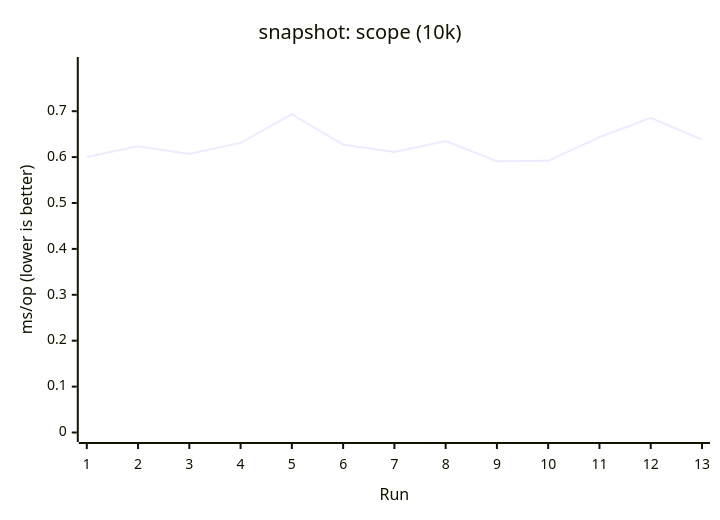
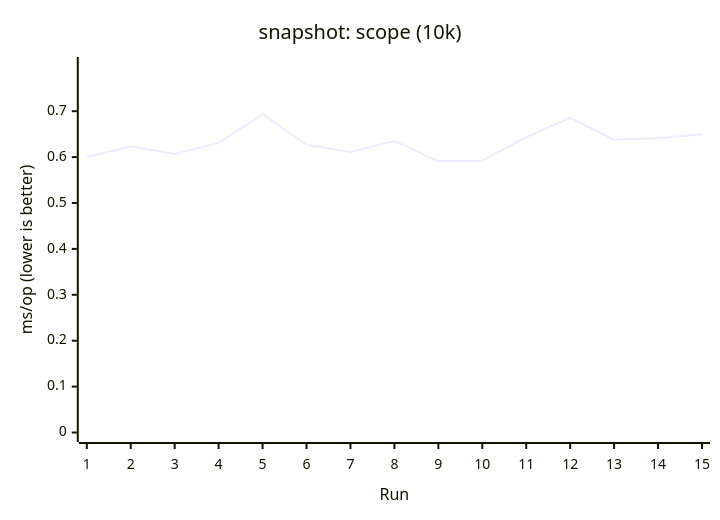
One commit to AIluffy/io changed the third of 17 diagrams in apps/docs/src/content/docs/en/guides/benchmark.mdx. Above: the diagram before and after it, drawn with Mermaid. The commit also changed other lines of this file and 7 other files, not shown here.

````diff
--- a/apps/docs/src/content/docs/en/guides/benchmark.mdx
+++ b/apps/docs/src/content/docs/en/guides/benchmark.mdx
@@ -207,7 +209,7 @@
 ```mermaid
 xychart-beta
   title "snapshot: scope (10k)"
-  x-axis "Run" [1, 2, 3, 4, 5, 6, 7, 8, 9, 10, 11, 12, 13]
+  x-axis "Run" [1, 2, 3, 4, 5, 6, 7, 8, 9, 10, 11, 12, 13, 14, 15]
   y-axis "ms/op (lower is better)" 0 --> 0.7974
-  line [0.6004, 0.6234, 0.6068, 0.631, 0.6934, 0.627, 0.6114, 0.6352, 0.591, 0.5919, 0.6436, 0.6856, 0.638]
+  line [0.6004, 0.6234, 0.6068, 0.631, 0.6934, 0.627, 0.6114, 0.6352, 0.591, 0.5919, 0.6436, 0.6856, 0.638, 0.6411, 0.6498]
 ```
````
